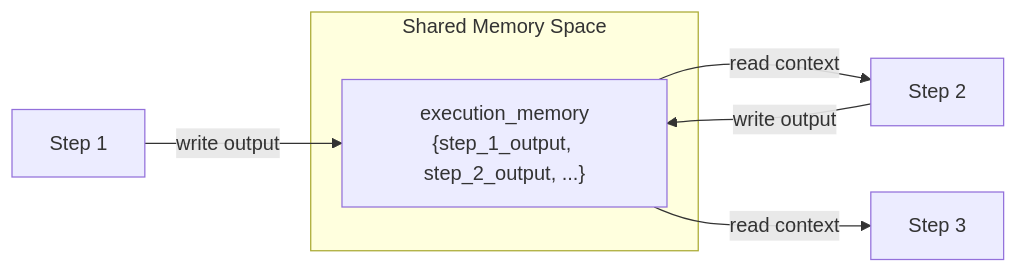
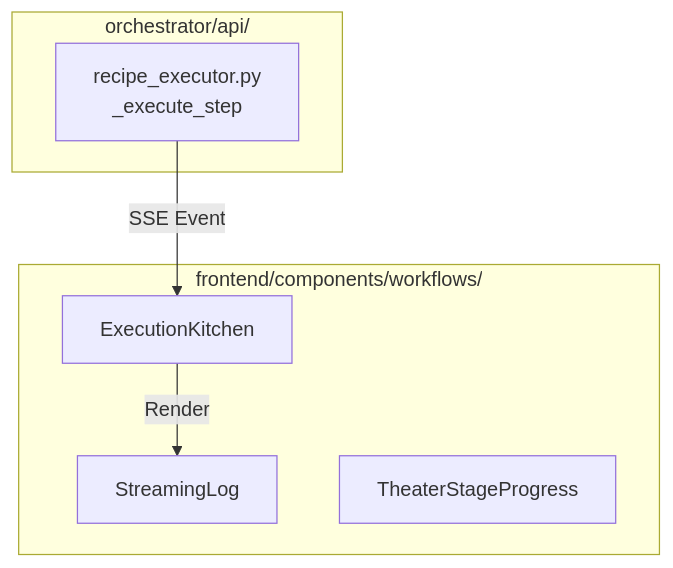
Before and after one commit to AutomatosAI/automatos-ai: the fifth of 5 diagrams in docs/workflows-recipes/execution-configuration.md, drawn with Mermaid. The commit also changed other lines of this file and 149 other files, not shown here.

Commit message:
docs: refresh documentation with graphify semantic scan

````diff
--- a/docs/workflows-recipes/execution-configuration.md
+++ b/docs/workflows-recipes/execution-configuration.md
@@ -223,11 +188,15 @@
 ```mermaid
-graph LR
-    subgraph "Shared Memory Space"
-        Mem["execution_memory<br/>{step_1_output, step_2_output, ...}"]
+graph TB
+    subgraph "frontend/components/workflows/"
+        Kitchen["ExecutionKitchen"]
+        Log["StreamingLog"]
+        Progress["TheaterStageProgress"]
     end
-    
-    Step1["Step 1"] -->|"write output"| Mem
-    Mem -->|"read context"| Step2["Step 2"]
-    Step2 -->|"write output"| Mem
-    Mem -->|"read context"| Step3["Step 3"]
+
+    subgraph "orchestrator/api/"
+        Executor["recipe_executor.py<br/>_execute_step"]
+    end
+
+    Executor -->|"SSE Event"| Kitchen
+    Kitchen -->|"Render"| Log
 ```
````
